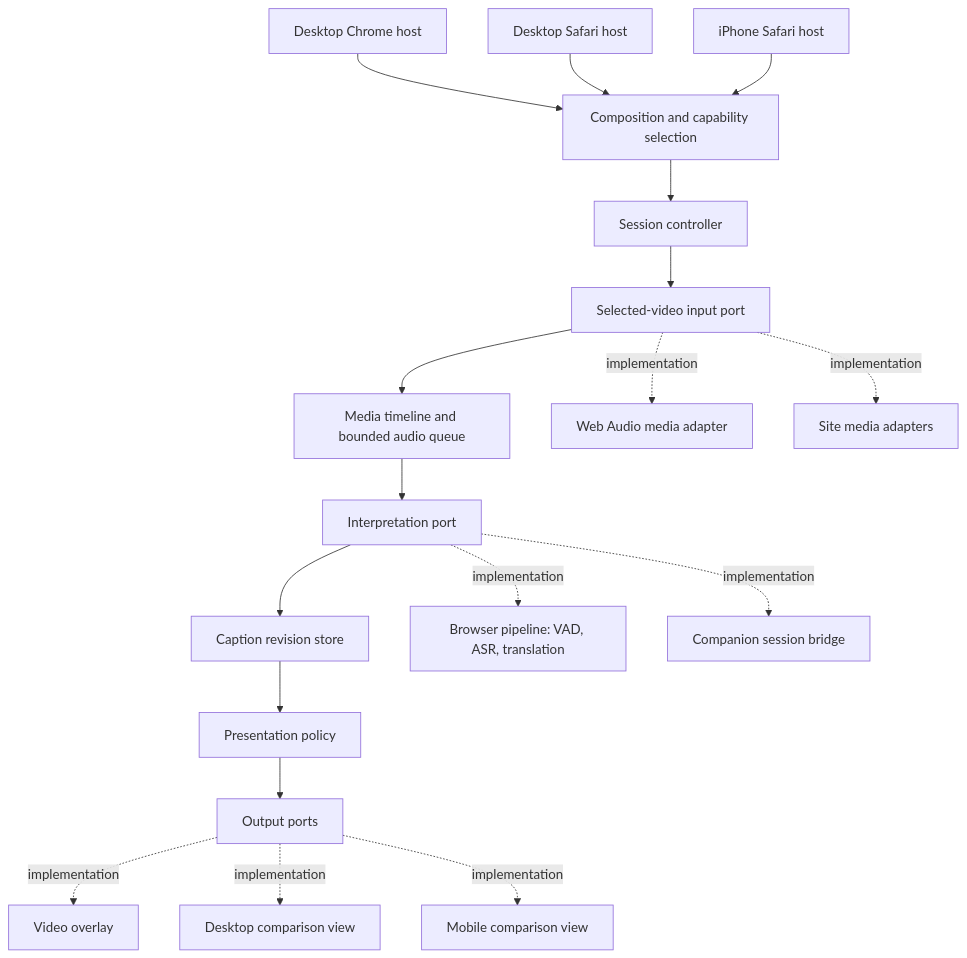
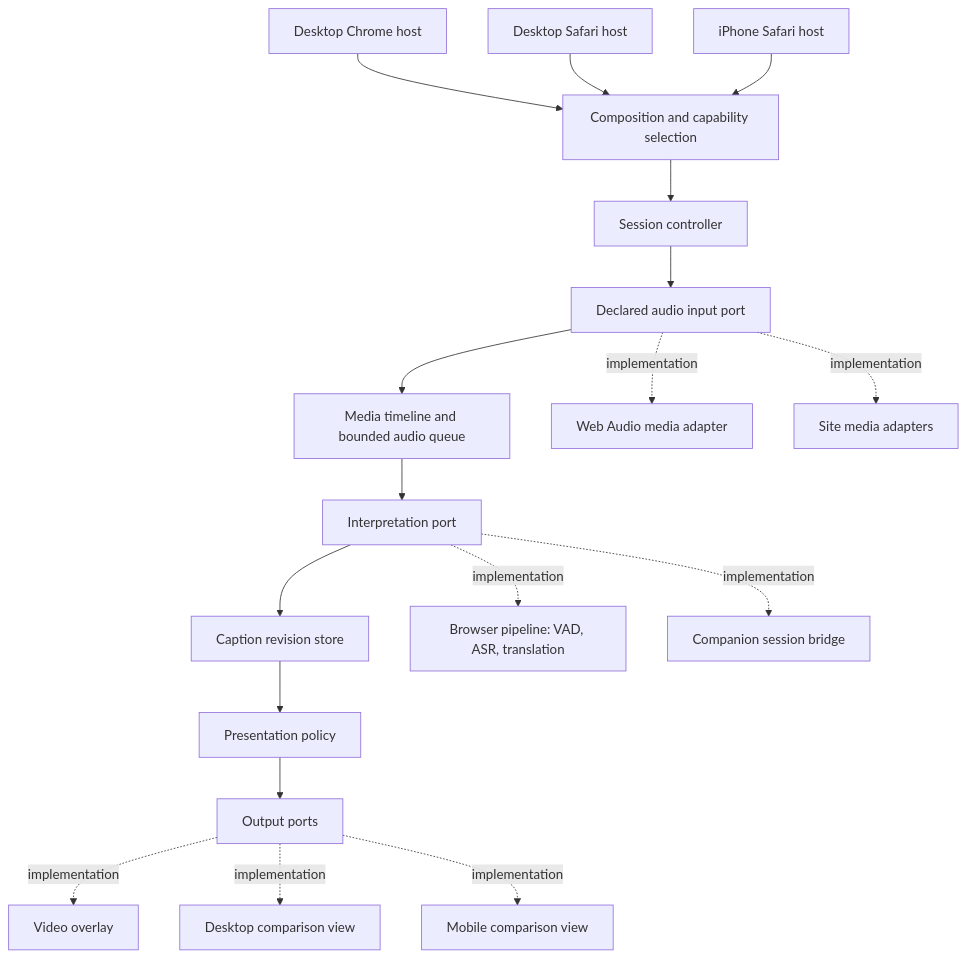
One commit to norux/interpreter changed the first of 2 diagrams in docs/architecture/media-framework.md. Above: the diagram before and after it, drawn with Mermaid. The commit also changed other lines of this file and 2 other files, not shown here.

Commit message:
docs: prioritize Chrome tab audio capture before quality tuning

````diff
--- a/docs/architecture/media-framework.md
+++ b/docs/architecture/media-framework.md
@@ -31,20 +41,20 @@
 ```mermaid
 flowchart TB
     CH[Desktop Chrome host] --> CT[Composition and capability selection]
     SH[Desktop Safari host] --> CT
     IH[iPhone Safari host] --> CT
     CT --> SC[Session controller]
-    SC --> MI[Selected-video input port]
+    SC --> MI[Declared audio input port]
     MI --> MP[Media timeline and bounded audio queue]
     MP --> IP[Interpretation port]
     IP --> CE[Caption revision store]
     CE --> CP[Presentation policy]
     CP --> OS[Output ports]
     MI -. implementation .-> WA[Web Audio media adapter]
     MI -. implementation .-> SA[Site media adapters]
     IP -. implementation .-> BP[Browser pipeline: VAD, ASR, translation]
     IP -. implementation .-> CB[Companion session bridge]
     OS -. implementation .-> VO[Video overlay]
     OS -. implementation .-> DV[Desktop comparison view]
     OS -. implementation .-> MV[Mobile comparison view]
 ```
````
